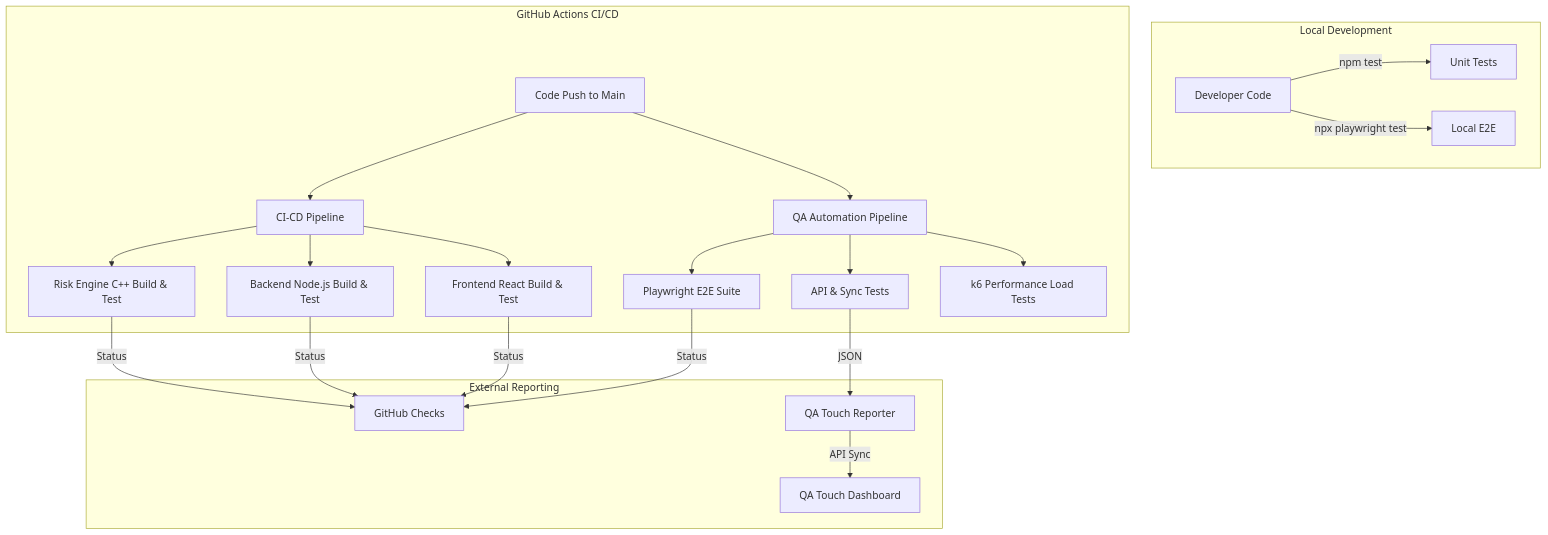
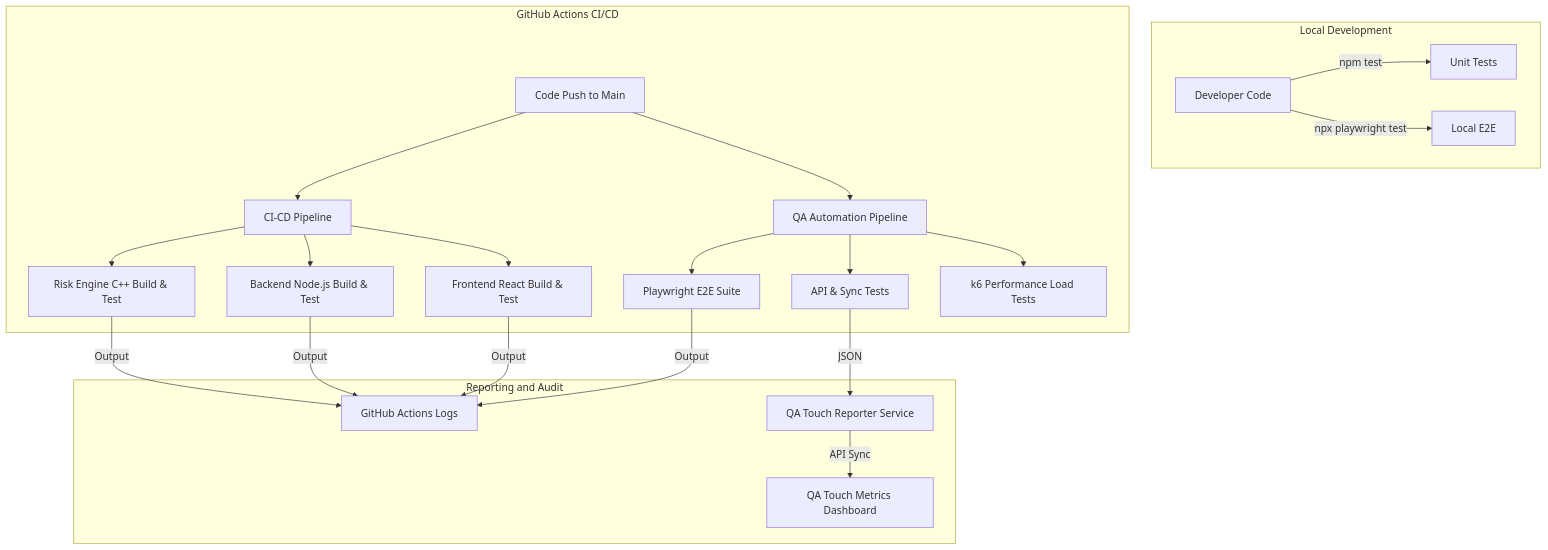
One commit to SricharanAsr/Zer0Knowledge-Secure-password-Vault_Sprint--Final changed the diagram in App/secure_password_demo/TESTING.md. Above: the diagram before and after it, drawn with Mermaid. The commit also changed other lines of this file, not shown here.

````diff
--- a/App/secure_password_demo/TESTING.md
+++ b/App/secure_password_demo/TESTING.md
@@ -11,29 +9,29 @@
 ```mermaid
 graph TD
     subgraph "Local Development"
         DEV[Developer Code] --> |npm test| UNIT[Unit Tests]
         DEV --> |npx playwright test| E2E_LOCAL[Local E2E]
     end
 
     subgraph "GitHub Actions CI/CD"
         PUSH[Code Push to Main] --> CI[CI-CD Pipeline]
         PUSH --> QA[QA Automation Pipeline]
         
         CI --> RE[Risk Engine C++ Build & Test]
         CI --> BE[Backend Node.js Build & Test]
         CI --> FE[Frontend React Build & Test]
         
         QA --> API_TEST[API & Sync Tests]
         QA --> E2E_CI[Playwright E2E Suite]
         QA --> PERF[k6 Performance Load Tests]
     end
 
-    subgraph "External Reporting"
-        RE --> |Status| GH[GitHub Checks]
-        BE --> |Status| GH
-        FE --> |Status| GH
-        API_TEST --> |JSON| QAT[QA Touch Reporter]
-        E2E_CI --> |Status| GH
-        QAT --> |API Sync| DASH[QA Touch Dashboard]
+    subgraph "Reporting and Audit"
+        RE --> |Output| GH[GitHub Actions Logs]
+        BE --> |Output| GH
+        FE --> |Output| GH
+        API_TEST --> |JSON| QAT[QA Touch Reporter Service]
+        E2E_CI --> |Output| GH
+        QAT --> |API Sync| DASH[QA Touch Metrics Dashboard]
     end
 ```
````
